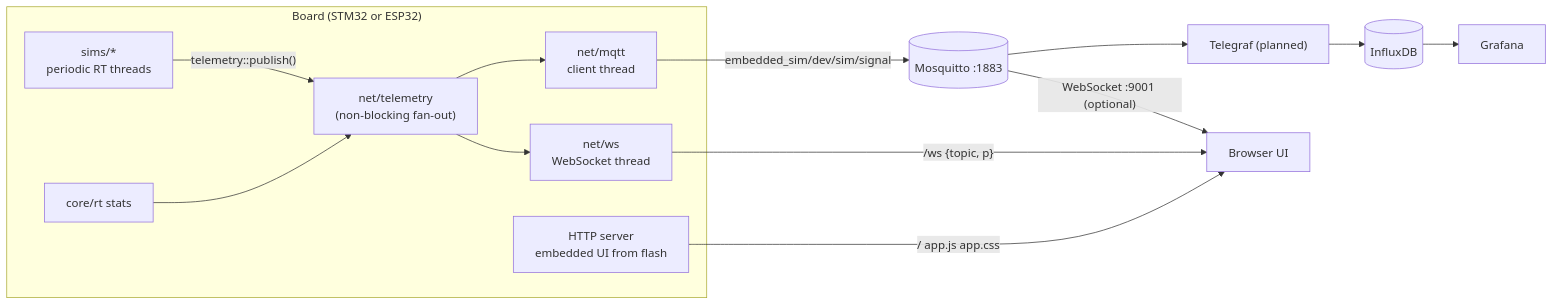
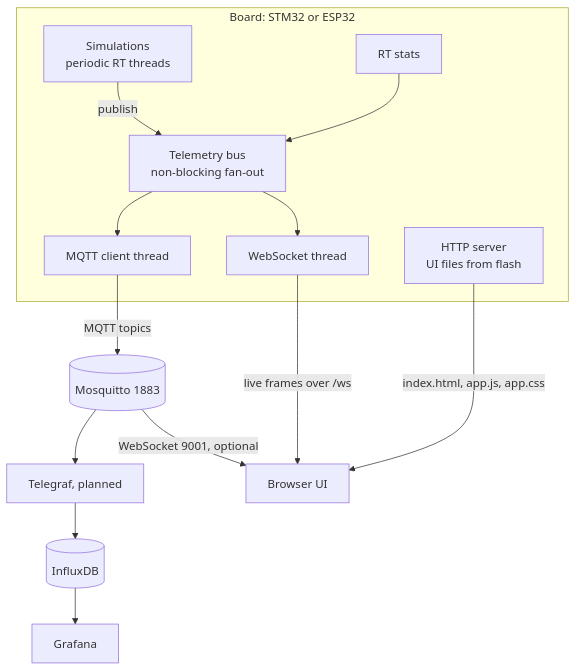
The first of 5 diagrams in README.md (mtilocca/embedded_sim), drawn with Mermaid before and after one commit. The commit also changed other lines of this file and 2 other files, not shown here.

Commit message:
diagrams fix

````diff
--- a/README.md
+++ b/README.md
@@ -72,15 +72,17 @@
 ```mermaid
-flowchart LR
-    subgraph MCU["Board (STM32 or ESP32)"]
-        sims["sims/*<br/>periodic RT threads"] -->|"telemetry::publish()"| bus["net/telemetry<br/>(non-blocking fan-out)"]
-        rt["core/rt stats"] --> bus
-        bus --> mq["net/mqtt<br/>client thread"]
-        bus --> wsq["net/ws<br/>WebSocket thread"]
-        http["HTTP server<br/>embedded UI from flash"]
+flowchart TD
+    subgraph MCU["Board: STM32 or ESP32"]
+        sims["Simulations<br/>periodic RT threads"] -->|"publish"| bus["Telemetry bus<br/>non-blocking fan-out"]
+        rtstats["RT stats"] --> bus
+        bus --> mqttc["MQTT client thread"]
+        bus --> wsthread["WebSocket thread"]
+        httpsrv["HTTP server<br/>UI files from flash"]
     end
-    mq -->|"embedded_sim/dev/sim/signal"| broker[("Mosquitto :1883")]
-    broker --> tele["Telegraf (planned)"] --> influx[("InfluxDB")] --> grafana["Grafana"]
-    broker -->|"WebSocket :9001 (optional)"| browser
-    wsq -->|"/ws  {topic, p}"| browser["Browser UI"]
-    http -->|"/ app.js app.css"| browser
+    mqttc -->|"MQTT topics"| broker[("Mosquitto 1883")]
+    broker --> telegraf["Telegraf, planned"]
+    telegraf --> influx[("InfluxDB")]
+    influx --> grafana["Grafana"]
+    broker -->|"WebSocket 9001, optional"| browser["Browser UI"]
+    wsthread -->|"live frames over /ws"| browser
+    httpsrv -->|"index.html, app.js, app.css"| browser
 ```
````
